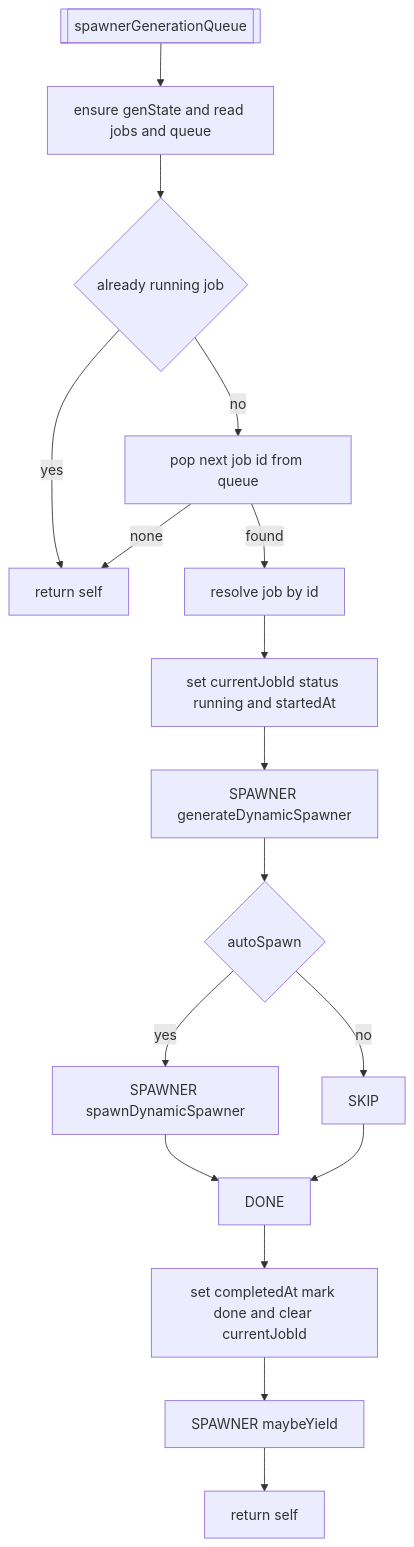
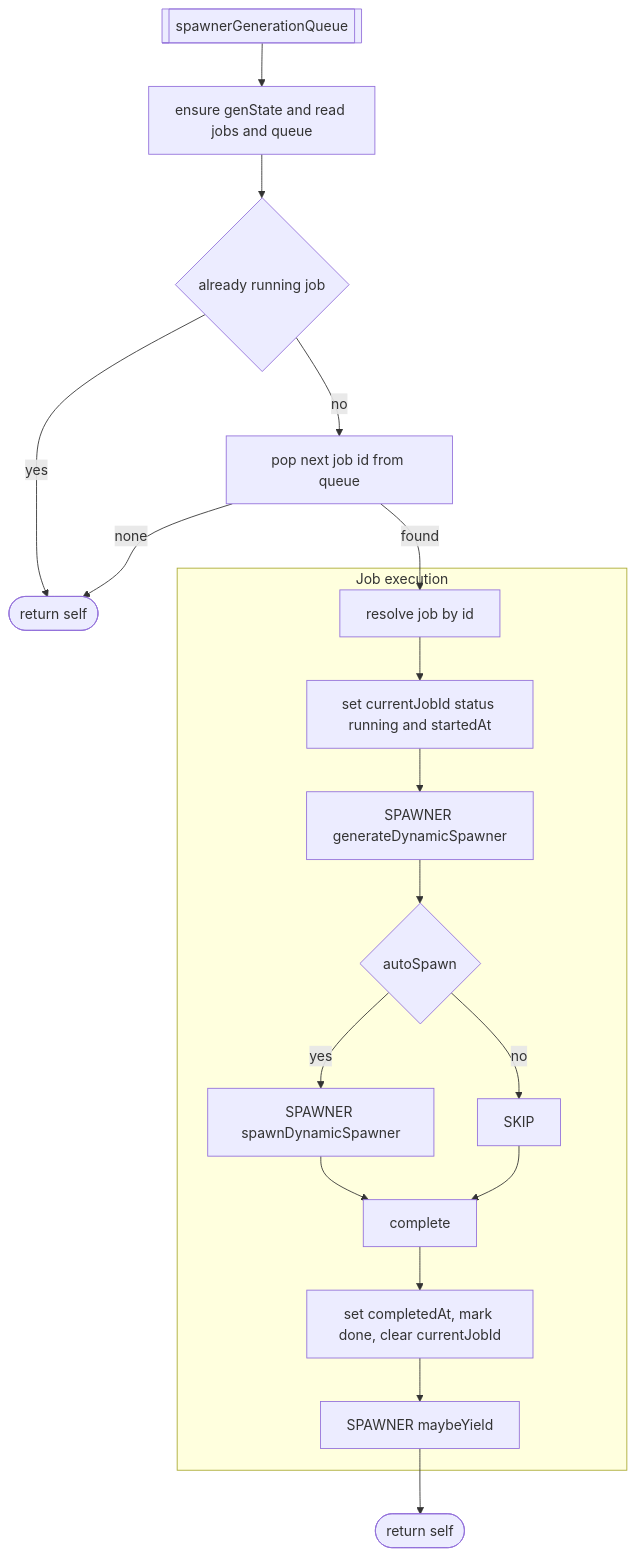
Before and after one commit to Gh0st352/AETHR: the first of 4 diagrams in docs/world/spawner_integration.md, drawn with Mermaid. The commit also changed other lines of this file and 7 other files, not shown here.

First line of the commit message:
docs(world, mermaid): normalize headings and standardize Mermaid diagrams

````diff
--- a/docs/world/spawner_integration.md
+++ b/docs/world/spawner_integration.md
@@ -22,19 +22,26 @@
 ```mermaid
+%% shared theme: docs/_mermaid/theme.json %%
 flowchart TD
   SGQ[[spawnerGenerationQueue]] --> STATE[ensure genState and read jobs and queue]
   STATE --> RUN{already running job}
-  RUN -->|yes| RET0[return self]
-  RUN -->|no| NEXTID[pop next job id from queue]
-  NEXTID -->|none| RET0
-  NEXTID -->|found| JOBJ[resolve job by id]
-  JOBJ --> MARK[set currentJobId status running and startedAt]
-  MARK --> CALL[SPAWNER generateDynamicSpawner]
-  CALL --> OPT{autoSpawn}
-  OPT -->|yes| SPAWN[SPAWNER spawnDynamicSpawner]
-  OPT -->|no| SKIP
-  SPAWN --> DONE
-  SKIP --> DONE
-  DONE --> FIN[set completedAt mark done and clear currentJobId]
-  FIN --> YIELD[SPAWNER maybeYield]
-  YIELD --> RET[return self]
+  RUN -- "yes" --> RET0([return self])
+  RUN -- "no" --> NEXTID[pop next job id from queue]
+  NEXTID -- "none" --> RET0
+  NEXTID -- "found" --> JOBJ[resolve job by id]
+  subgraph "Job execution"
+    JOBJ --> MARK[set currentJobId status running and startedAt]
+    MARK --> CALL[SPAWNER generateDynamicSpawner]
+    CALL --> OPT{autoSpawn}
+    OPT -- "yes" --> SPAWN[SPAWNER spawnDynamicSpawner]
+    OPT -- "no" --> SKIP
+    SPAWN --> DONE[complete]
+    SKIP --> DONE
+    DONE --> FIN[set completedAt, mark done, clear currentJobId]
+    FIN --> YIELD[SPAWNER maybeYield]
+  end
+  YIELD --> RET([return self])
+
+  class RUN,OPT class_decision;
+  class RET,RET0 class_result;
+  class SGQ,STATE,NEXTID,JOBJ,MARK,CALL,SPAWN,SKIP,DONE,FIN,YIELD class_step;
 ```
````
